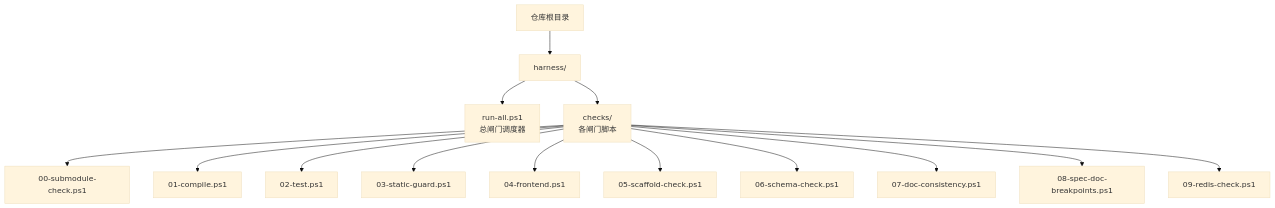
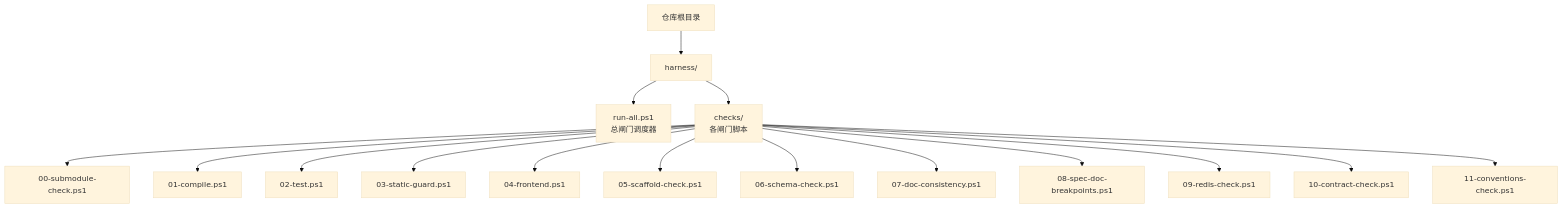
One commit to luyitiger6/my-first-project changed the first of 15 diagrams in .qoder/repowiki/zh/content/自动化验证/自动化验证.md. Above: the diagram before and after it, drawn with Mermaid (base theme). The commit also changed other lines of this file and 54 other files, not shown here.

````diff
--- a/.qoder/repowiki/zh/content/自动化验证/自动化验证.md
+++ b/.qoder/repowiki/zh/content/自动化验证/自动化验证.md
@@ -69,16 +72,18 @@
 ```mermaid
 graph TB
 root["仓库根目录"] --> harness["harness/"]
 harness --> run_all["run-all.ps1<br/>总闸门调度器"]
 harness --> checks["checks/<br/>各闸门脚本"]
 checks --> g0["00-submodule-check.ps1"]
 checks --> g1["01-compile.ps1"]
 checks --> g2["02-test.ps1"]
 checks --> g3["03-static-guard.ps1"]
 checks --> g4["04-frontend.ps1"]
 checks --> g5["05-scaffold-check.ps1"]
 checks --> g6["06-schema-check.ps1"]
 checks --> g7["07-doc-consistency.ps1"]
 checks --> g8["08-spec-doc-breakpoints.ps1"]
 checks --> g9["09-redis-check.ps1"]
+checks --> g10["10-contract-check.ps1"]
+checks --> g11["11-conventions-check.ps1"]
 ```
````
